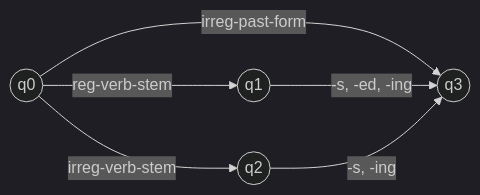
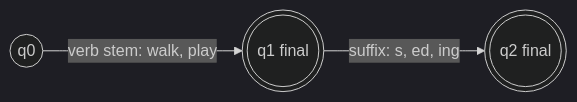
One commit to TrendySloth1001/sem-seven-notes changed the second of 3 diagrams in content/natural-language-processing/pyq/2023-12-ce/q2a.hi.mdx. Above: the diagram before and after it, drawn with Mermaid (dark theme). The commit also changed other lines of this file and 406 other files, not shown here.

````diff
--- a/content/natural-language-processing/pyq/2023-12-ce/q2a.hi.mdx
+++ b/content/natural-language-processing/pyq/2023-12-ce/q2a.hi.mdx
@@ -21,9 +20,6 @@
 ```mermaid
-%% caption: Verb FSA. Stems q1 ya q2 pe jaate hain; endings -s, -ed, -ing q3 pe le jaati hain.
+%% caption: Verbs ka FSA. Verb stem ek word hai; s, ed ya ing mein se ek ending aa sakti hai (walk, walks, walked, walking).
 flowchart LR
-  S(("q0")) -- "reg-verb-stem" --> A(("q1"))
-  S -- "irreg-verb-stem" --> B(("q2"))
-  S -- "irreg-past-form" --> C(("q3"))
-  A -- "-s, -ed, -ing" --> C
-  B -- "-s, -ing" --> C
+  A(("q0")) -- "verb stem: walk, play" --> B((("q1 final")))
+  B -- "suffix: s, ed, ing" --> C((("q2 final")))
 ```
````
